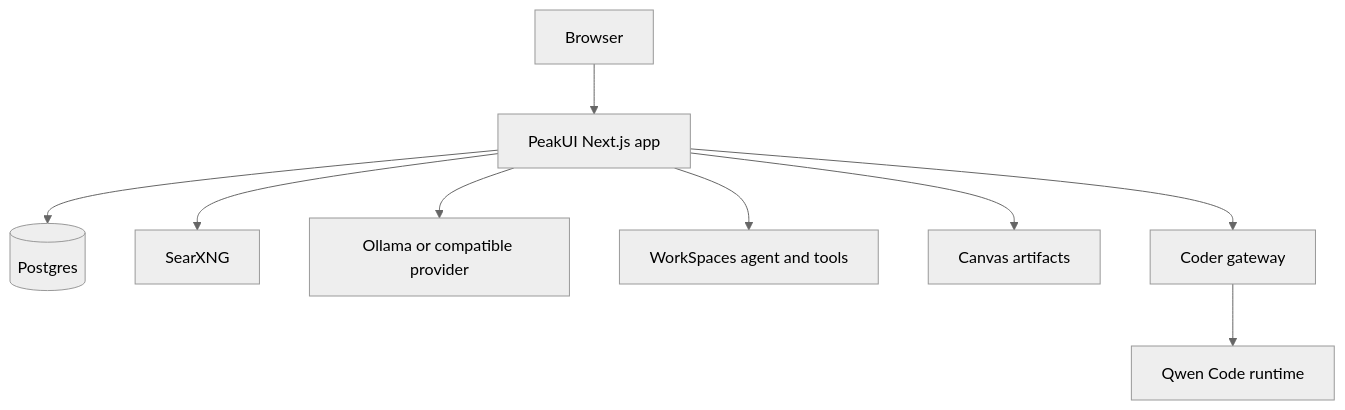
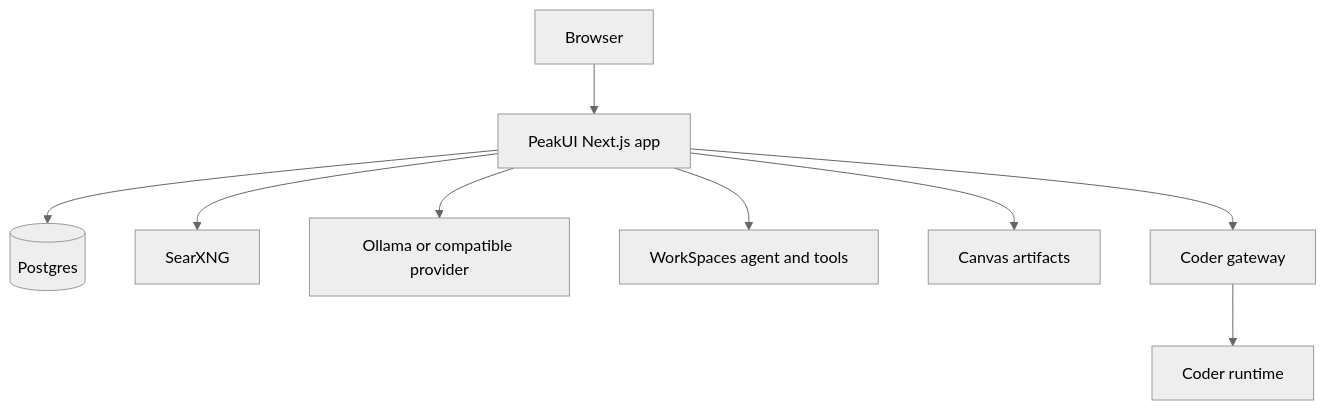
One commit to rajatalha150/PeakUI changed the first of 3 diagrams in docs/architecture.md. Above: the diagram before and after it, drawn with Mermaid (neutral theme). The commit also changed other lines of this file and 39 other files, not shown here.

First line of the commit message:
refactor(coder): rename Qwen branding to Coder throughout the coding surface

````diff
--- a/docs/architecture.md
+++ b/docs/architecture.md
@@ -7,16 +7,16 @@
 ```mermaid
 flowchart TB
   Browser[Browser]
   App[PeakUI Next.js app]
   DB[(Postgres)]
   Search[SearXNG]
   Ollama[Ollama or compatible provider]
   Browser --> App
   App --> DB
   App --> Search
   App --> Ollama
   App --> WS[WorkSpaces agent and tools]
   App --> Canvas[Canvas artifacts]
   App --> Coder[Coder gateway]
-  Coder --> Runtime[Qwen Code runtime]
+  Coder --> Runtime[Coder runtime]
 ```
````
